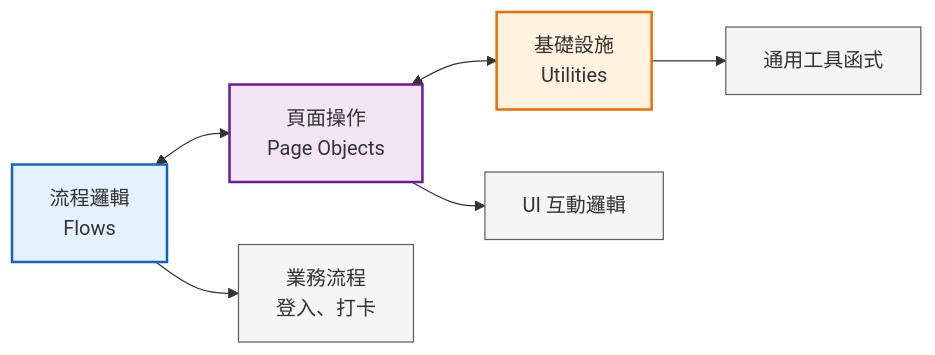
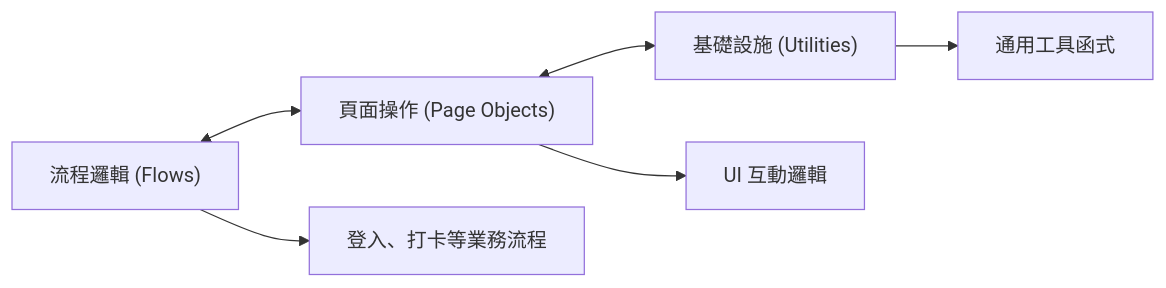
One commit to liu-chun-wu/daily-tick-runner changed the second of 6 diagrams in ARCHITECTURE.md. Above: the diagram before and after it, drawn with Mermaid. The commit also changed other lines of this file and 3 other files, not shown here.

Commit message:
update mermaid

````diff
--- a/ARCHITECTURE.md
+++ b/ARCHITECTURE.md
@@ -117,17 +118,10 @@
 ```mermaid
 flowchart LR
-    FL[流程邏輯<br/>Flows] <--> PO[頁面操作<br/>Page Objects] 
-    PO <--> UT[基礎設施<br/>Utilities]
-    
-    FL --> FB[業務流程<br/>登入、打卡]
-    PO --> PB[UI 互動邏輯]
-    UT --> UB[通用工具函式]
-    
-    style FL fill:#e3f2fd,stroke:#1565c0,stroke-width:2px
-    style PO fill:#f3e5f5,stroke:#6a1b9a,stroke-width:2px  
-    style UT fill:#fff3e0,stroke:#ef6c00,stroke-width:2px
-    
-    style FB fill:#f5f5f5,stroke:#616161,stroke-width:1px
-    style PB fill:#f5f5f5,stroke:#616161,stroke-width:1px
-    style UB fill:#f5f5f5,stroke:#616161,stroke-width:1px
+  FL["流程邏輯 (Flows)"] <--> PO["頁面操作 (Page Objects)"]
+  PO <--> UT["基礎設施 (Utilities)"]
+
+  FL --> FB["登入、打卡等業務流程"]
+  PO --> PB["UI 互動邏輯"]
+  UT --> UB["通用工具函式"]
+
 ```
````
